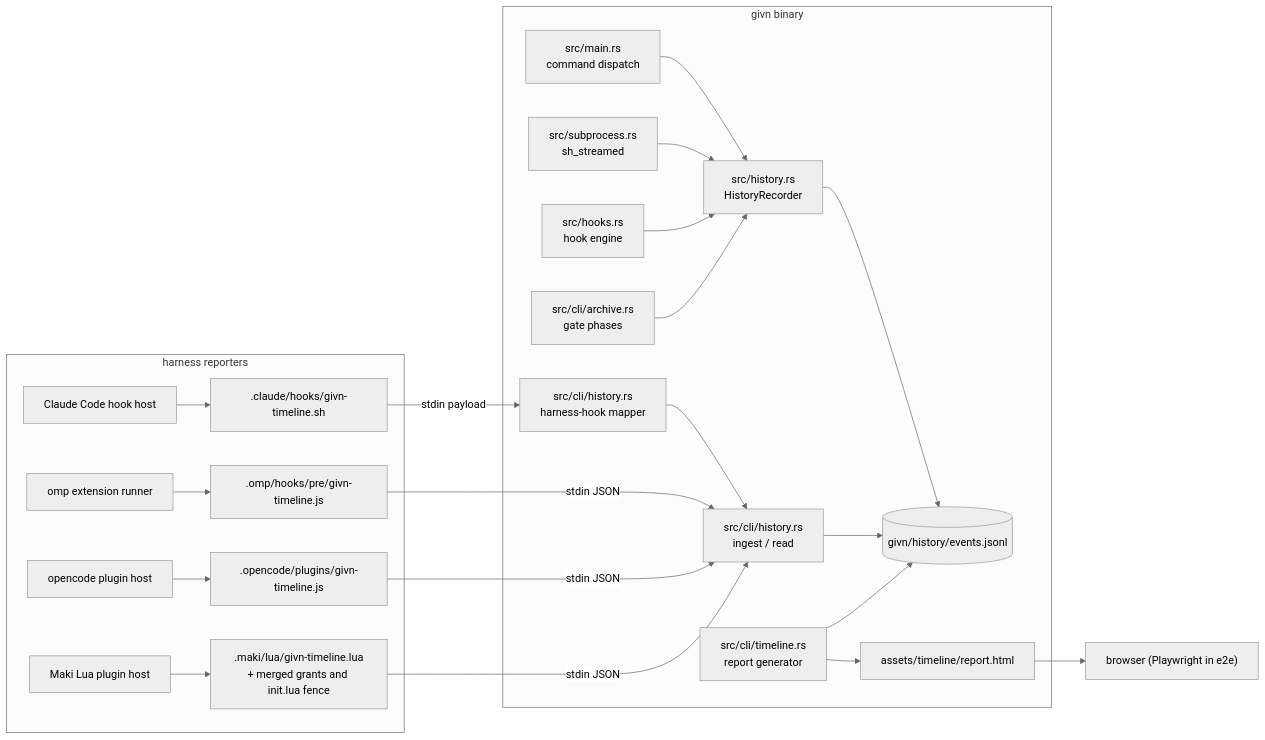
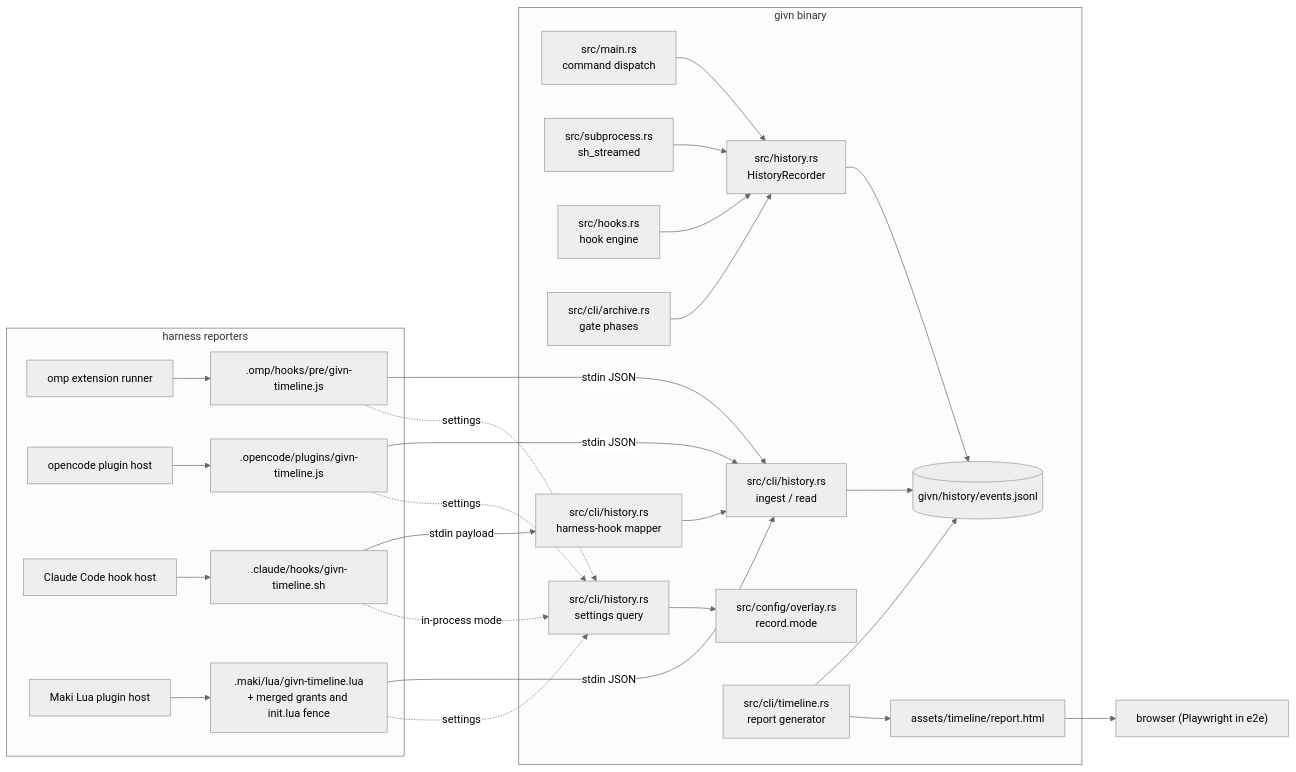
The diagram in givn/changes/development-timeline/design.md (buster/givn), drawn with Mermaid (neutral theme) before and after one commit. The commit also changed other lines of this file and 17 other files, not shown here.

Commit message:
docs(development-timeline): capture completeness (record mode, metadata, full content); re-review passes

````diff
--- a/givn/changes/development-timeline/design.md
+++ b/givn/changes/development-timeline/design.md
@@ -1289,25 +1596,30 @@
 ```mermaid
 flowchart LR
   subgraph givn binary
     Main["src/main.rs<br/>command dispatch"] --> Rec["src/history.rs<br/>HistoryRecorder"]
     Sub["src/subprocess.rs<br/>sh_streamed"] --> Rec
     Hooks["src/hooks.rs<br/>hook engine"] --> Rec
     Gate["src/cli/archive.rs<br/>gate phases"] --> Rec
     Rec --> Store[("givn/history/events.jsonl")]
     Ingest["src/cli/history.rs<br/>ingest / read"] --> Store
     Mapper["src/cli/history.rs<br/>harness-hook mapper"] --> Ingest
+    Settings["src/cli/history.rs<br/>settings query"] --> Mode["src/config/overlay.rs<br/>record.mode"]
     Timeline["src/cli/timeline.rs<br/>report generator"] --> Store
     Timeline --> Asset["assets/timeline/report.html"]
   end
   subgraph harnesses["harness reporters"]
     Omp["omp extension runner"] --> R1[".omp/hooks/pre/givn-timeline.js"]
     Oc["opencode plugin host"] --> R2[".opencode/plugins/givn-timeline.js"]
     Cc["Claude Code hook host"] --> R3[".claude/hooks/givn-timeline.sh"]
     Maki["Maki Lua plugin host"] --> R4[".maki/lua/givn-timeline.lua<br/>+ merged grants and init.lua fence"]
   end
   R1 -->|stdin JSON| Ingest
   R2 -->|stdin JSON| Ingest
   R3 -->|stdin payload| Mapper
   R4 -->|stdin JSON| Ingest
+  R1 -.->|settings| Settings
+  R2 -.->|settings| Settings
+  R3 -.->|in-process mode| Settings
+  R4 -.->|settings| Settings
   Asset --> Browser["browser (Playwright in e2e)"]
 ```
````
